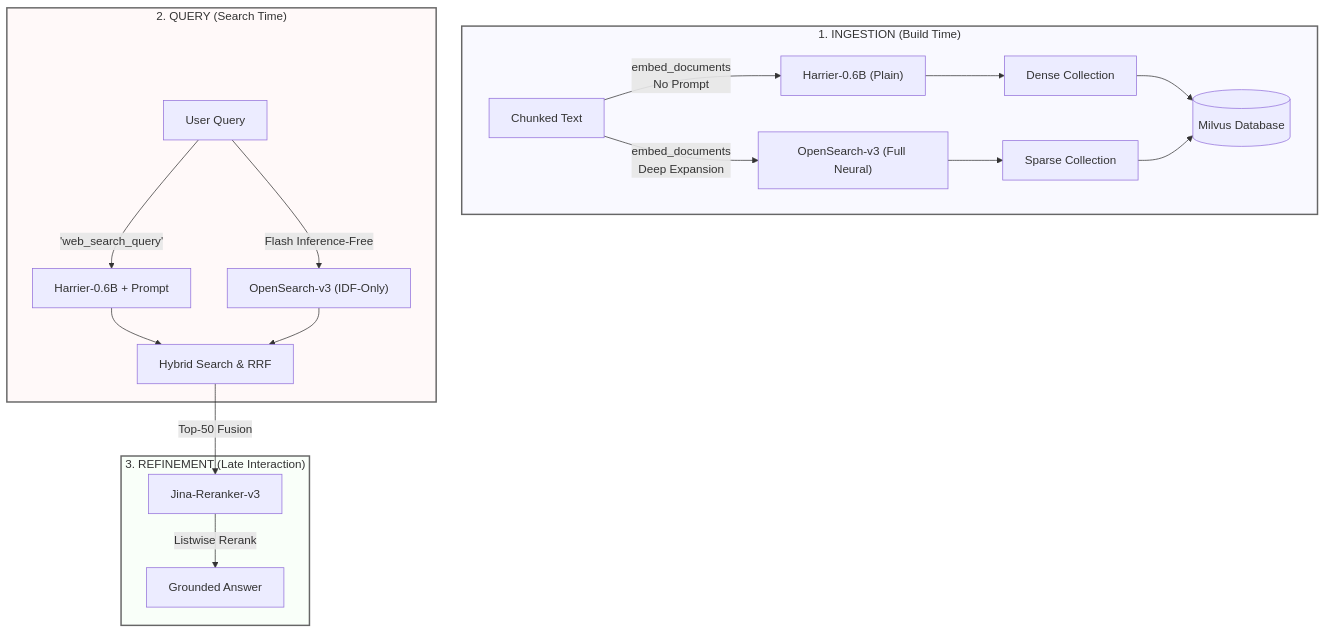
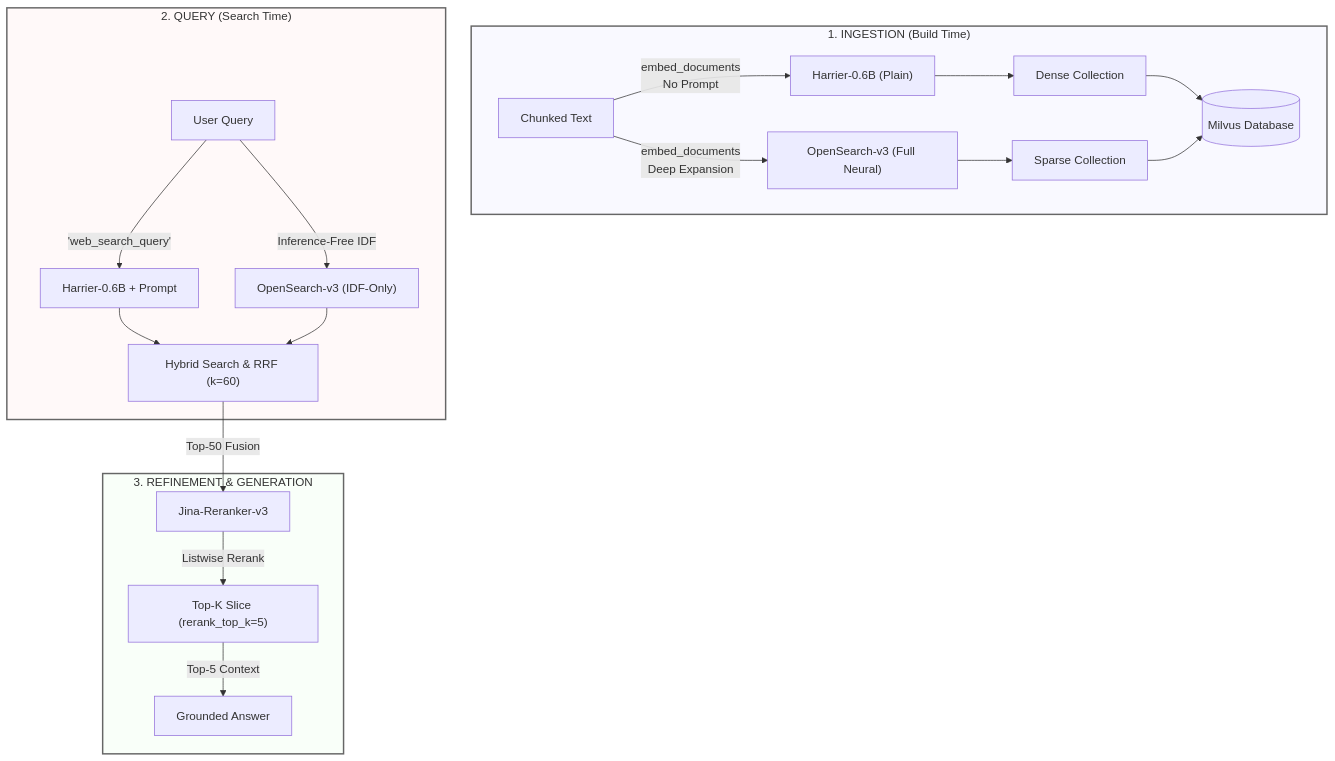
Before and after one commit to ui-support-chatbot/my-rag: the diagram in DOCUMENTATION.md, drawn with Mermaid. The commit also changed other lines of this file and 10 other files, not shown here.

````diff
--- a/DOCUMENTATION.md
+++ b/DOCUMENTATION.md
@@ -104,43 +88,45 @@
 ```mermaid
 graph TD
     %% Ingestion Logic
     subgraph Ingestion ["1. INGESTION (Build Time)"]
         Chunks["Chunked Text"]
         D_Ingest["Harrier-0.6B (Plain)"]
         S_Ingest["OpenSearch-v3 (Full Neural)"]
         Storage[("Milvus Database")]
 
-        Chunks -->|embed_documents<br/>No Prompt| D_Ingest
-        Chunks -->|embed_documents<br/>Deep Expansion| S_Ingest
+        Chunks -->|"embed_documents<br/>No Prompt"| D_Ingest
+        Chunks -->|"embed_documents<br/>Deep Expansion"| S_Ingest
         D_Ingest --> Milvus_D["Dense Collection"]
         S_Ingest --> Milvus_S["Sparse Collection"]
         Milvus_D --> Storage
         Milvus_S --> Storage
     end
 
     %% Query Logic
     subgraph Query ["2. QUERY (Search Time)"]
         UserQ["User Query"]
         D_Query["Harrier-0.6B + Prompt"]
         S_Query["OpenSearch-v3 (IDF-Only)"]
-        Search["Hybrid Search & RRF"]
+        Search["Hybrid Search & RRF (k=60)"]
 
-        UserQ -->|'web_search_query'| D_Query
-        UserQ -->|Flash Inference-Free| S_Query
+        UserQ -->|"'web_search_query'"| D_Query
+        UserQ -->|"Inference-Free IDF"| S_Query
         D_Query --> Search
         S_Query --> Search
     end
 
-    %% Reranking Logic
-    subgraph Rerank ["3. REFINEMENT (Late Interaction)"]
+    %% Reranking & Generation
+    subgraph Rerank ["3. REFINEMENT & GENERATION"]
         CE["Jina-Reranker-v3"]
+        Slice["Top-K Slice (rerank_top_k=5)"]
         LLM["Grounded Answer"]
 
-        Search -->|Top-50 Fusion| CE
-        CE -->|Listwise Rerank| LLM
+        Search -->|"Top-50 Fusion"| CE
+        CE -->|"Listwise Rerank"| Slice
+        Slice -->|"Top-5 Context"| LLM
     end
 
     style Ingestion fill:#f9f9ff,stroke:#666,stroke-width:2px
     style Query fill:#fff9f9,stroke:#666,stroke-width:2px
     style Rerank fill:#f9fff9,stroke:#666,stroke-width:2px
 ```
````
